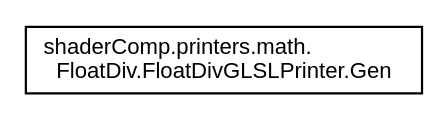
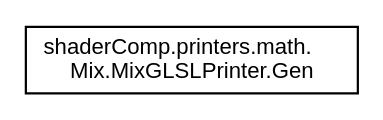
Before and after one commit to Hiestaa/ShaderComp: the diagram in Tutorial/documentation/inherit_graph_23.dot, drawn with Graphviz. The commit also changed 369 other files, not shown here.

```diff
--- a/Tutorial/documentation/inherit_graph_23.dot
+++ b/Tutorial/documentation/inherit_graph_23.dot
@@ -1,7 +1,7 @@
 digraph "Graphical Class Hierarchy"
 {
   edge [fontname="Helvetica",fontsize="10",labelfontname="Helvetica",labelfontsize="10"];
   node [fontname="Helvetica",fontsize="10",shape=record];
   rankdir="LR";
-  Node1 [label="shaderComp.printers.math.\lFloatDiv.FloatDivGLSLPrinter.Gen",height=0.2,width=0.4,color="black", fillcolor="white", style="filled",URL="$classshader_comp_1_1printers_1_1math_1_1_float_div_1_1_float_div_g_l_s_l_printer_1_1_gen.html"];
+  Node1 [label="shaderComp.printers.math.\lMix.MixGLSLPrinter.Gen",height=0.2,width=0.4,color="black", fillcolor="white", style="filled",URL="$classshader_comp_1_1printers_1_1math_1_1_mix_1_1_mix_g_l_s_l_printer_1_1_gen.html"];
 }
```
